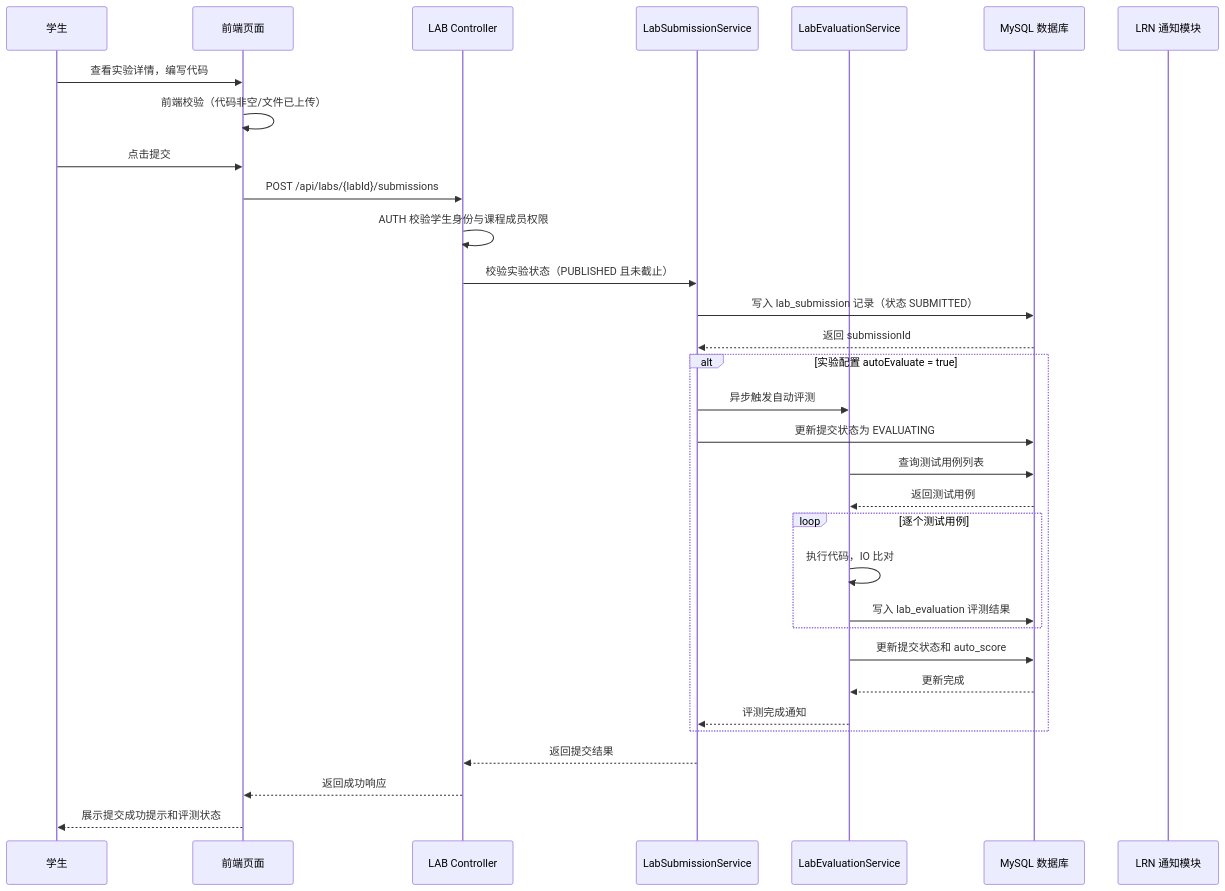
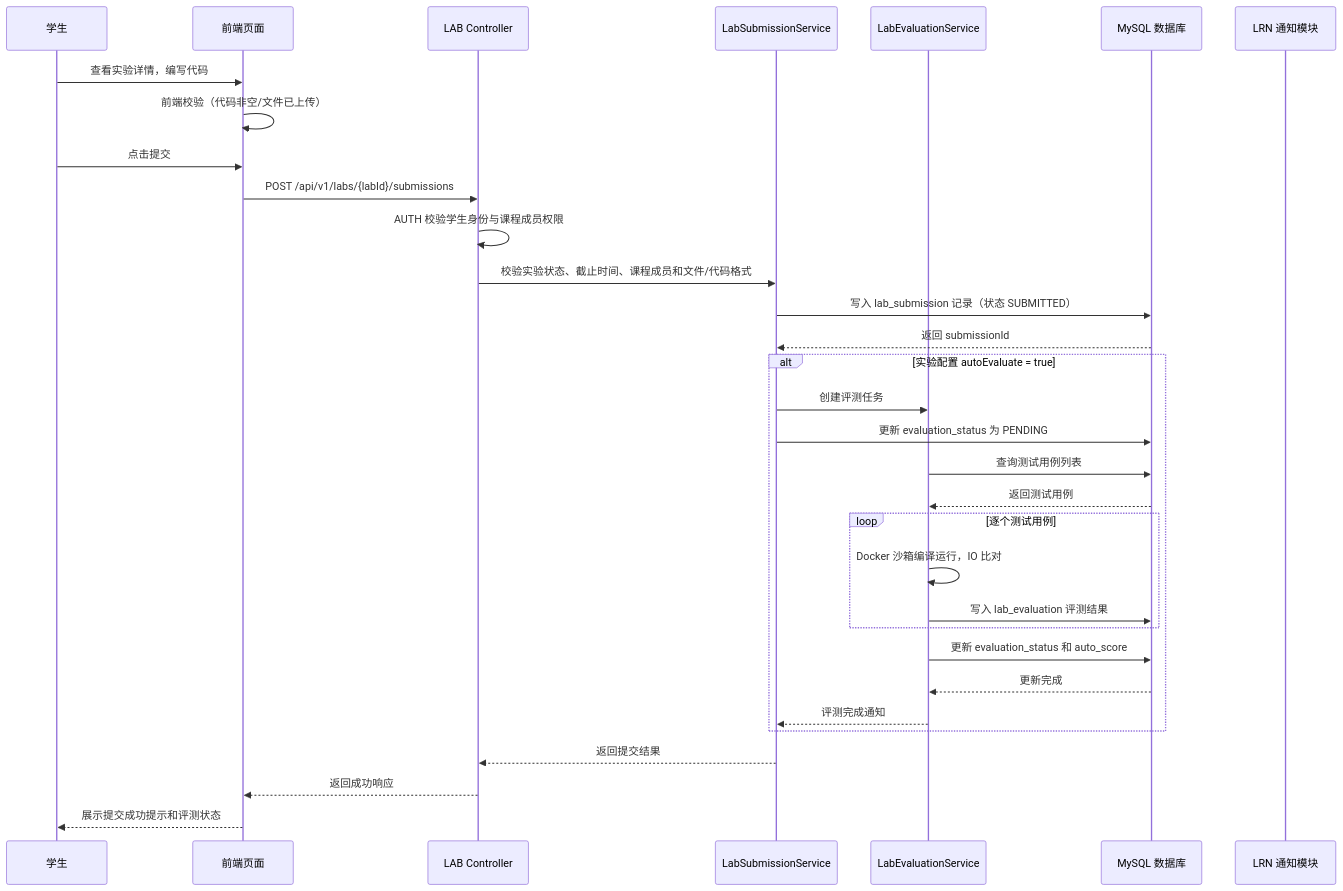
Before and after one commit to Cr4zyorange/OnlineJudge: diagram 25 of 47 in docs/最终提交/软件详细设计说明书.md, drawn with Mermaid. The commit also changed other lines of this file, not shown here.

````diff
--- a/docs/最终提交/软件详细设计说明书.md
+++ b/docs/最终提交/软件详细设计说明书.md
@@ -2409,35 +2541,35 @@
 ```mermaid
 sequenceDiagram
   participant U as 学生
   participant P as 前端页面
   participant A as LAB Controller
   participant S as LabSubmissionService
   participant E as LabEvaluationService
   participant D as MySQL 数据库
   participant N as LRN 通知模块
 
   U->>P: 查看实验详情，编写代码
   P->>P: 前端校验（代码非空/文件已上传）
   U->>P: 点击提交
-  P->>A: POST /api/labs/{labId}/submissions
+  P->>A: POST /api/v1/labs/{labId}/submissions
   A->>A: AUTH 校验学生身份与课程成员权限
-  A->>S: 校验实验状态（PUBLISHED 且未截止）
+  A->>S: 校验实验状态、截止时间、课程成员和文件/代码格式
   S->>D: 写入 lab_submission 记录（状态 SUBMITTED）
   D-->>S: 返回 submissionId
   alt 实验配置 autoEvaluate = true
-    S->>E: 异步触发自动评测
-    S->>D: 更新提交状态为 EVALUATING
+    S->>E: 创建评测任务
+    S->>D: 更新 evaluation_status 为 PENDING
     E->>D: 查询测试用例列表
     D-->>E: 返回测试用例
     loop 逐个测试用例
-      E->>E: 执行代码，IO 比对
+      E->>E: Docker 沙箱编译运行，IO 比对
       E->>D: 写入 lab_evaluation 评测结果
     end
-    E->>D: 更新提交状态和 auto_score
+    E->>D: 更新 evaluation_status 和 auto_score
     D-->>E: 更新完成
     E-->>S: 评测完成通知
   end
   S-->>A: 返回提交结果
   A-->>P: 返回成功响应
   P-->>U: 展示提交成功提示和评测状态
 ```
````
